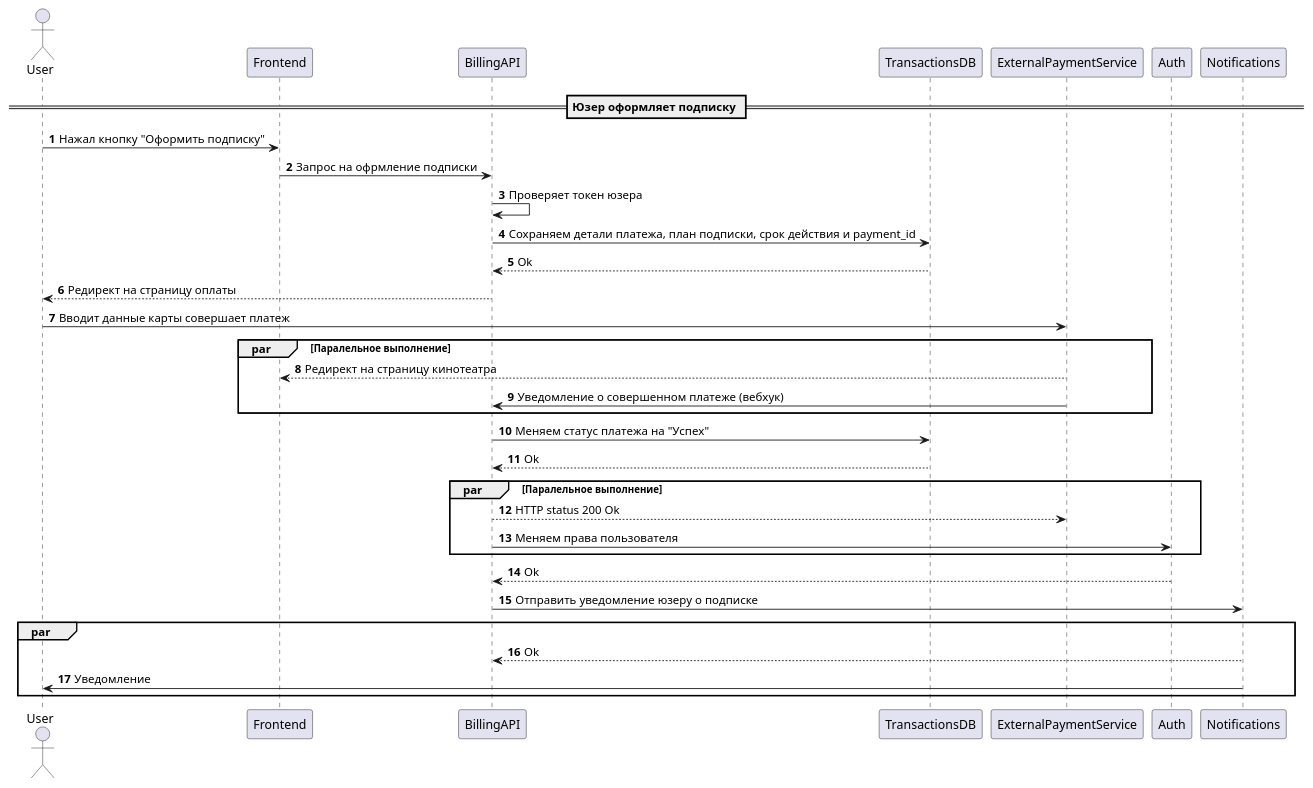
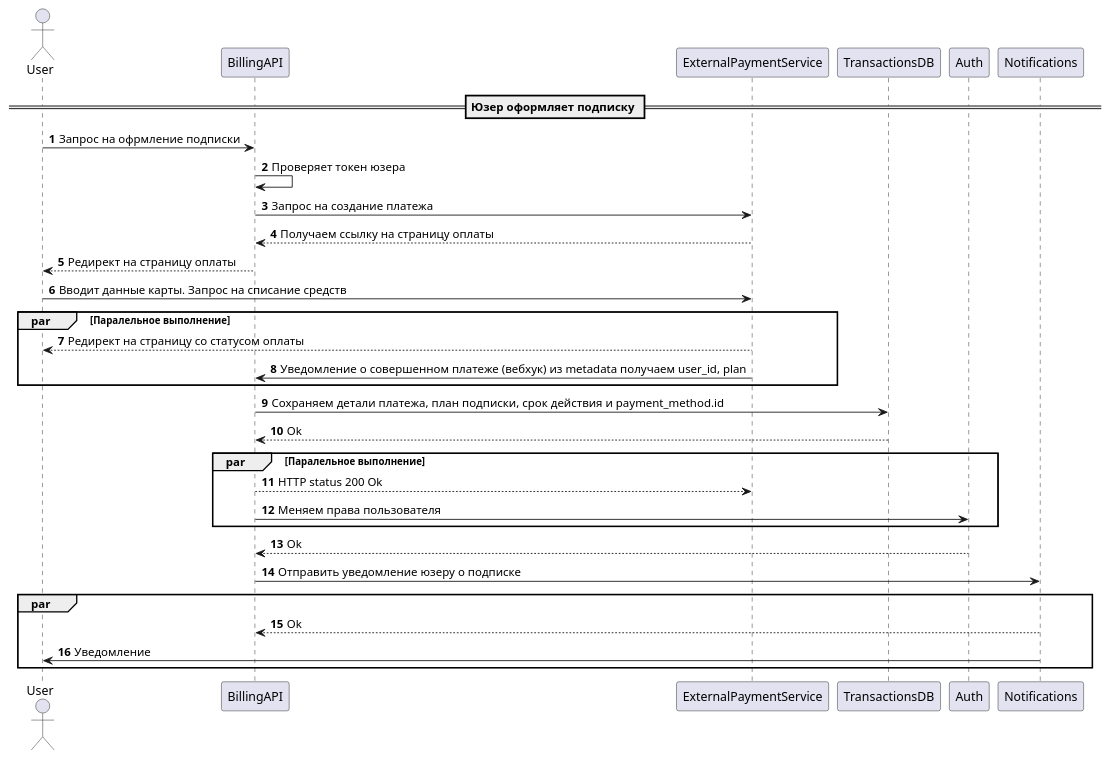
Before and after one commit to Practicum-24-10/billing: the diagram in docs/diagrams/sequences/subscribe.puml, drawn with PlantUML. The commit also changed 3 other files, not shown here.

Commit message:
Update diagrams

```diff
--- a/docs/diagrams/sequences/subscribe.puml
+++ b/docs/diagrams/sequences/subscribe.puml
@@ -1,55 +1,53 @@
 @startuml to be
 
 == Юзер оформляет подписку ==
 
 autonumber
 
 actor User
 
-User -> Frontend: Нажал кнопку "Оформить подписку"
-
-Frontend -> BillingAPI: Запрос на офрмление подписки
+User -> BillingAPI: Запрос на офрмление подписки
 
 BillingAPI -> BillingAPI: Проверяет токен юзера
 
-BillingAPI -> TransactionsDB: Сохраняем детали платежа, план подписки, срок действия и payment_id
+BillingAPI -> ExternalPaymentService: Запрос на создание платежа
 
-TransactionsDB --> BillingAPI: Ok
+ExternalPaymentService --> BillingAPI: Получаем ссылку на страницу оплаты
 
 BillingAPI --> User: Редирект на страницу оплаты
 
-User -> ExternalPaymentService: Вводит данные карты совершает платеж
+User -> ExternalPaymentService: Вводит данные карты. Запрос на списание средств
 
 par Паралельное выполнение
 
-ExternalPaymentService --> Frontend: Редирект на страницу кинотеатра
+ExternalPaymentService --> User: Редирект на страницу со статусом оплаты
 
-ExternalPaymentService -> BillingAPI: Уведомление о совершенном платеже (вебхук)
+ExternalPaymentService -> BillingAPI: Уведомление о совершенном платеже (вебхук) из metadata получаем user_id, plan
 
 end
 
-BillingAPI -> TransactionsDB: Меняем статус платежа на "Успех"
+BillingAPI -> TransactionsDB: Сохраняем детали платежа, план подписки, срок действия и payment_method.id
 
 TransactionsDB --> BillingAPI: Ok
 
 par Паралельное выполнение
 
 BillingAPI --> ExternalPaymentService: HTTP status 200 Ok
 
 BillingAPI -> Auth: Меняем права пользователя
 
 end
 
 Auth --> BillingAPI: Ok
 
 BillingAPI -> Notifications: Отправить уведомление юзеру о подписке
 
 par
 
 Notifications --> BillingAPI: Ok
 
 Notifications -> User: Уведомление
 
 end
 
 @enduml
```
